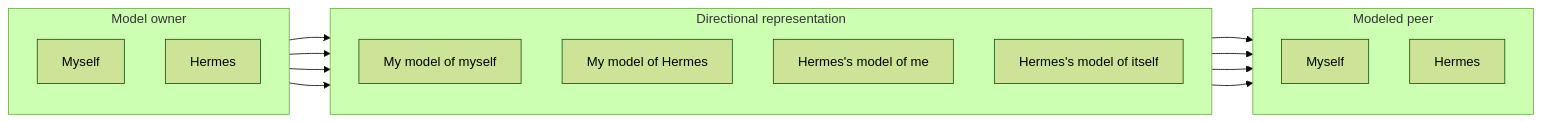
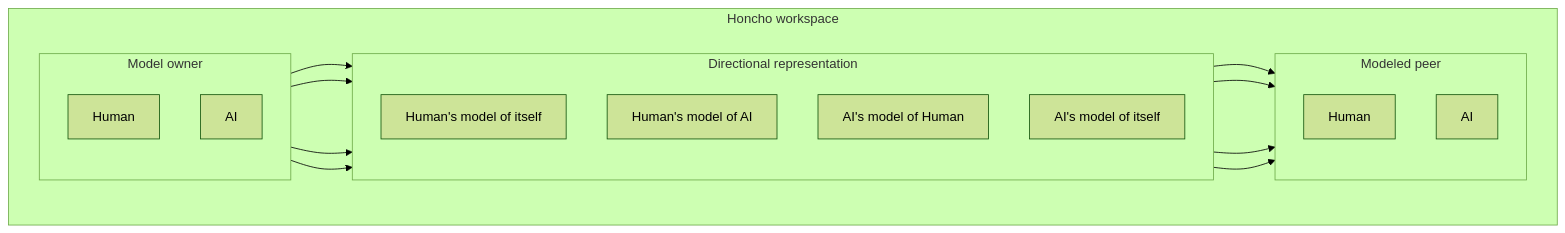
One commit to agrana/alfonsograna changed the second of 3 diagrams in _posts/2026-08-02-how-i-run-honcho-for-hermes-long-term-memory-and-personalities.md. Above: the diagram before and after it, drawn with Mermaid (forest theme). The commit also changed other lines of this file, not shown here.

Commit message:
docs: clarify Honcho directional representations

````diff
--- a/_posts/2026-08-02-how-i-run-honcho-for-hermes-long-term-memory-and-personalities.md
+++ b/_posts/2026-08-02-how-i-run-honcho-for-hermes-long-term-memory-and-personalities.md
@@ -70,27 +70,31 @@
 ```mermaid
 flowchart LR
-    subgraph owners["Model owner"]
-        direction TB
-        meOwner["Myself"]
-        hermesOwner["Hermes"]
+    subgraph workspace["Honcho workspace"]
+        direction LR
+
+        subgraph owners["Model owner"]
+            direction TB
+            humanOwner["Human"]
+            aiOwner["AI"]
+        end
+
+        subgraph models["Directional representation"]
+            direction TB
+            humanOfHuman["Human's model of itself"]
+            humanOfAi["Human's model of AI"]
+            aiOfHuman["AI's model of Human"]
+            aiOfAi["AI's model of itself"]
+        end
+
+        subgraph subjects["Modeled peer"]
+            direction TB
+            humanSubject["Human"]
+            aiSubject["AI"]
+        end
+
+        humanOwner --> humanOfHuman --> humanSubject
+        humanOwner --> humanOfAi --> aiSubject
+        aiOwner --> aiOfHuman --> humanSubject
+        aiOwner --> aiOfAi --> aiSubject
     end
-
-    subgraph models["Directional representation"]
-        direction TB
-        meOfMe["My model of myself"]
-        meOfHermes["My model of Hermes"]
-        hermesOfMe["Hermes's model of me"]
-        hermesOfHermes["Hermes's model of itself"]
-    end
-
-    subgraph subjects["Modeled peer"]
-        direction TB
-        meSubject["Myself"]
-        hermesSubject["Hermes"]
-    end
-
-    meOwner --> meOfMe --> meSubject
-    meOwner --> meOfHermes --> hermesSubject
-    hermesOwner --> hermesOfMe --> meSubject
-    hermesOwner --> hermesOfHermes --> hermesSubject
 ```
````
